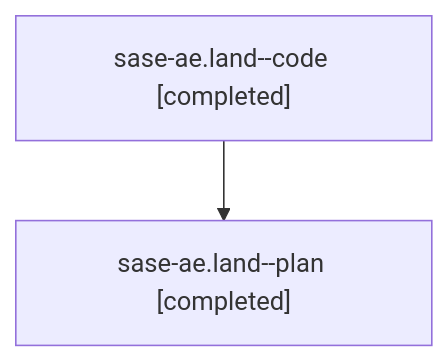
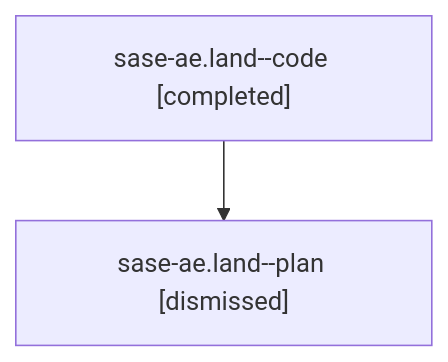
Before and after one commit to sase-org/sase--agents: the diagram in families/bbugyi200.athena.sase-ae.land.md, drawn with Mermaid. The commit also changed other lines of this file and 947 other files, not shown here.

````diff
--- a/families/bbugyi200.athena.sase-ae.land.md
+++ b/families/bbugyi200.athena.sase-ae.land.md
@@ -9,6 +9,6 @@
 ```mermaid
 flowchart TD
   n0["sase-ae.land--code [completed]"]
-  n1["sase-ae.land--plan [completed]"]
+  n1["sase-ae.land--plan [dismissed]"]
   n0 --> n1
 ```
````
